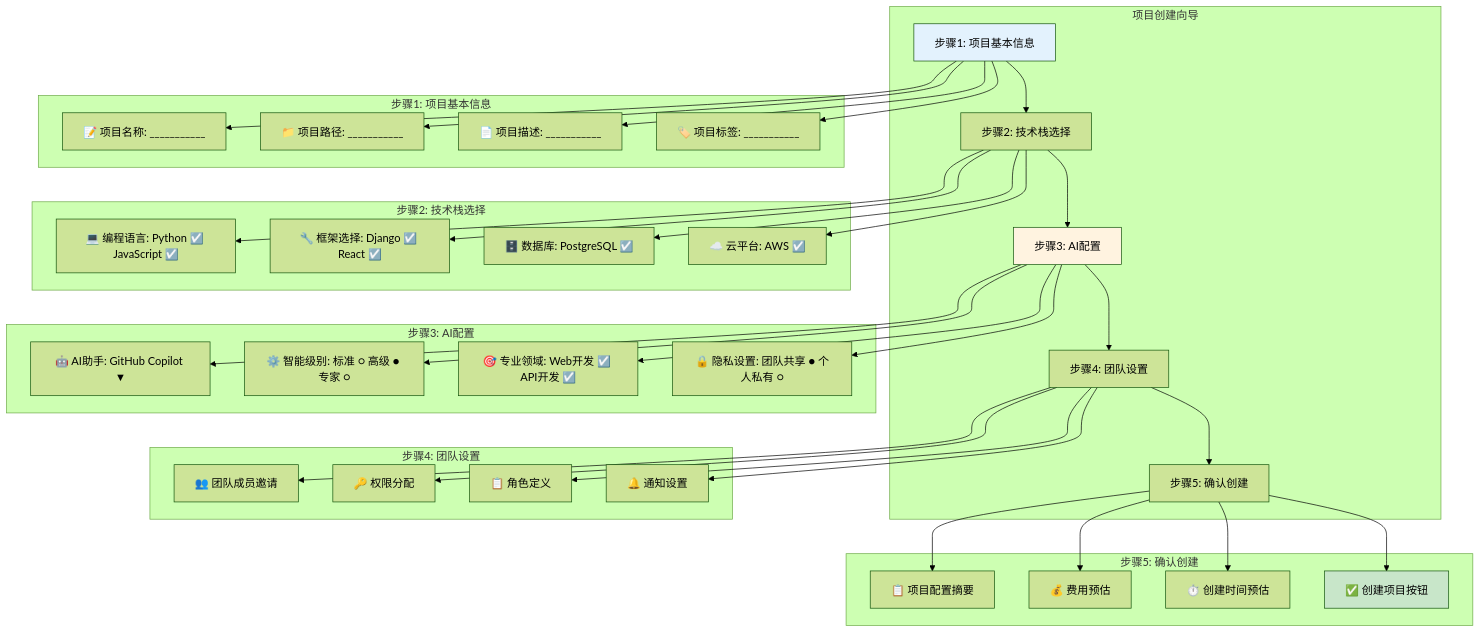
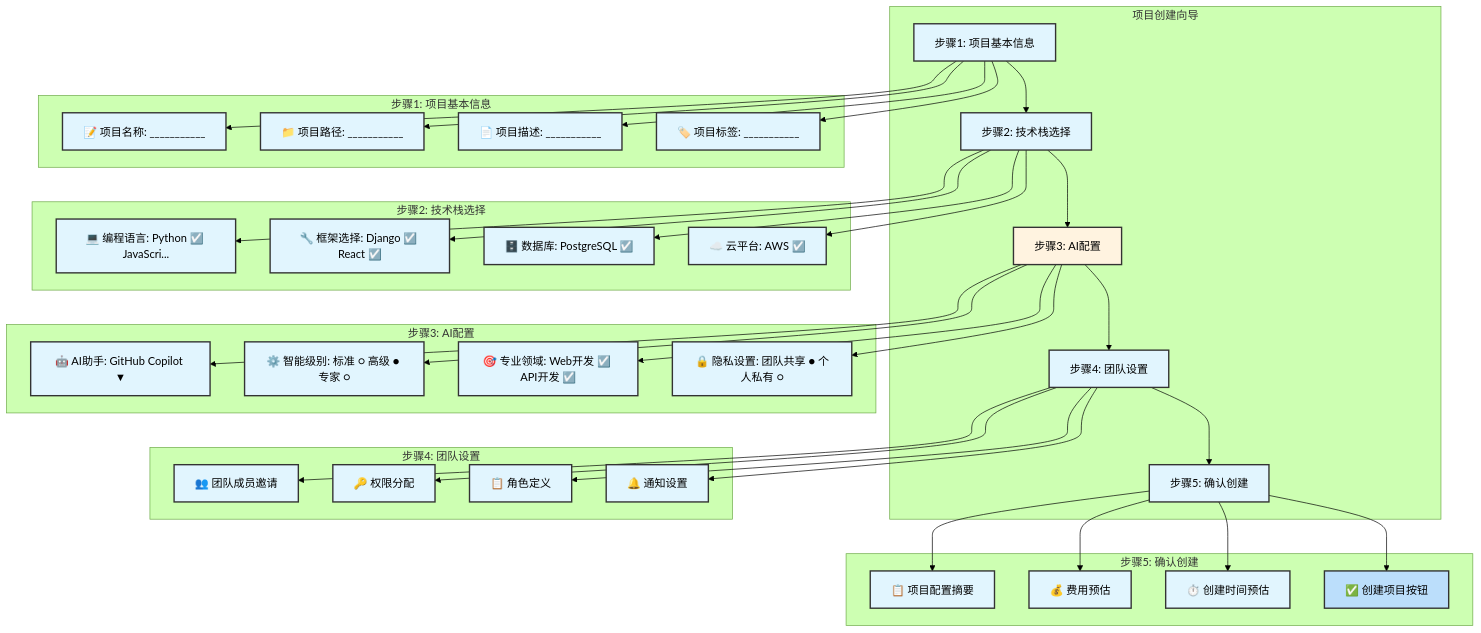
One commit to Coldplay-now/ai-ide-guide-core changed the sixth of 12 diagrams in docs/assets/diagrams/interface-wireframes.md. Above: the diagram before and after it, drawn with Mermaid (forest theme). The commit also changed other lines of this file and 148 other files, not shown here.

````diff
--- a/docs/assets/diagrams/interface-wireframes.md
+++ b/docs/assets/diagrams/interface-wireframes.md
@@ -397,80 +367,72 @@
 ```mermaid
 graph TB
     subgraph "项目创建向导"
         A[步骤1: 项目基本信息]
         B[步骤2: 技术栈选择]
         C[步骤3: AI配置]
         D[步骤4: 团队设置]
         E[步骤5: 确认创建]
     end
-    
     subgraph "步骤1: 项目基本信息"
         A1[📝 项目名称: ___________]
         A2[📁 项目路径: ___________]
         A3[📄 项目描述: ___________]
         A4[🏷️ 项目标签: ___________]
     end
-    
     subgraph "步骤2: 技术栈选择"
-        B1[💻 编程语言: Python ☑️ JavaScript ☑️]
+        B1[💻 编程语言: Python ☑️ JavaScri...]
         B2[🔧 框架选择: Django ☑️ React ☑️]
         B3[🗄️ 数据库: PostgreSQL ☑️]
         B4[☁️ 云平台: AWS ☑️]
     end
-    
     subgraph "步骤3: AI配置"
         C1[🤖 AI助手: GitHub Copilot ▼]
         C2[⚙️ 智能级别: 标准 ○ 高级 ● 专家 ○]
         C3[🎯 专业领域: Web开发 ☑️ API开发 ☑️]
         C4[🔒 隐私设置: 团队共享 ● 个人私有 ○]
     end
-    
     subgraph "步骤4: 团队设置"
         D1[👥 团队成员邀请]
         D2[🔑 权限分配]
         D3[📋 角色定义]
         D4[🔔 通知设置]
     end
-    
     subgraph "步骤5: 确认创建"
         E1[📋 项目配置摘要]
         E2[💰 费用预估]
         E3[⏱️ 创建时间预估]
         E4[✅ 创建项目按钮]
     end
-    
     A --> B
     B --> C
     C --> D
     D --> E
-    
     A --> A1
     A --> A2
     A --> A3
     A --> A4
-    
     B --> B1
     B --> B2
     B --> B3
     B --> B4
-    
     C --> C1
     C --> C2
     C --> C3
     C --> C4
-    
     D --> D1
     D --> D2
     D --> D3
     D --> D4
-    
     E --> E1
     E --> E2
     E --> E3
     E --> E4
-    
-    style A fill:#e3f2fd
+    style A fill:#e1f5fe
     style C fill:#fff3e0
-    style E4 fill:#c8e6c9
-
+    style E4 fill:#bbdefb
+%% Standard styling
+classDef default fill:#e1f5fe,stroke:#333,stroke-width:2px
+classDef highlight fill:#bbdefb,stroke:#333,stroke-width:3px
+classDef process fill:#90caf9,stroke:#333,stroke-width:2px
+classDef decision fill:#64b5f6,stroke:#333,stroke-width:2px
 ```
````
